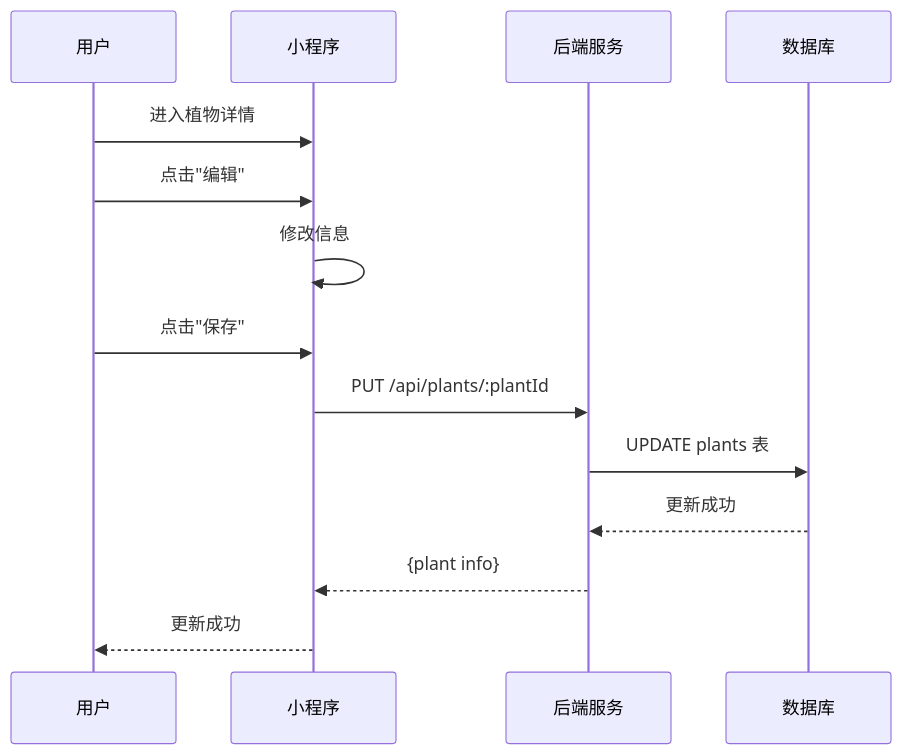
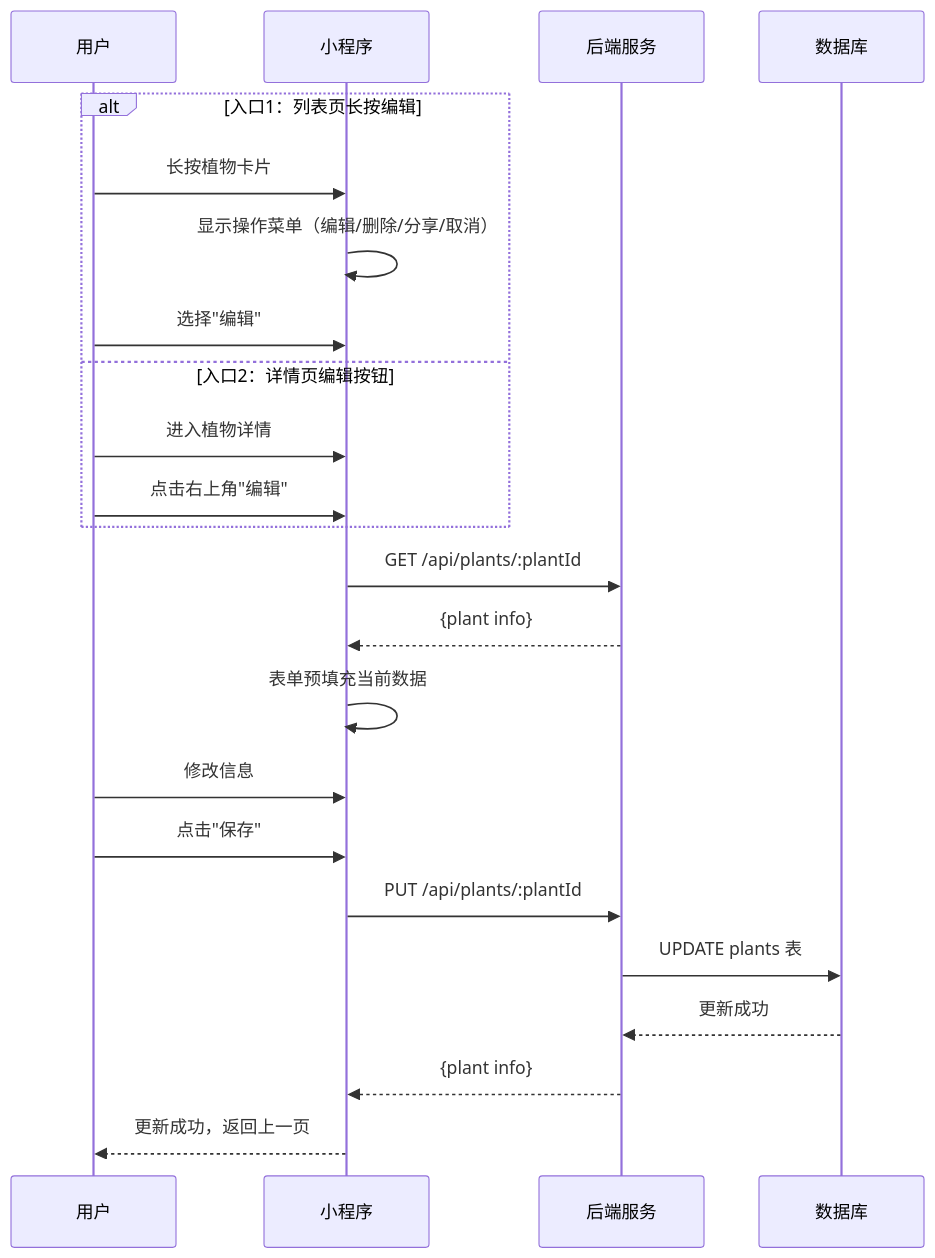
Before and after one commit to ShatterDusk/smart-garden-mvp: the second of 4 diagrams in docs/05-process/02-植物管理流程.md, drawn with Mermaid. The commit also changed other lines of this file and 5 other files, not shown here.

````diff
--- a/docs/05-process/02-植物管理流程.md
+++ b/docs/05-process/02-植物管理流程.md
@@ -94,17 +102,27 @@
 ```mermaid
 sequenceDiagram
     participant User as 用户
     participant MiniApp as 小程序
     participant Backend as 后端服务
     participant DB as 数据库
 
-    User->>MiniApp: 进入植物详情
-    User->>MiniApp: 点击"编辑"
-    MiniApp->>MiniApp: 修改信息
+    alt 入口1：列表页长按编辑
+        User->>MiniApp: 长按植物卡片
+        MiniApp->>MiniApp: 显示操作菜单（编辑/删除/分享/取消）
+        User->>MiniApp: 选择"编辑"
+    else 入口2：详情页编辑按钮
+        User->>MiniApp: 进入植物详情
+        User->>MiniApp: 点击右上角"编辑"
+    end
+    
+    MiniApp->>Backend: GET /api/plants/:plantId
+    Backend-->>MiniApp: {plant info}
+    MiniApp->>MiniApp: 表单预填充当前数据
+    User->>MiniApp: 修改信息
     User->>MiniApp: 点击"保存"
     MiniApp->>Backend: PUT /api/plants/:plantId
     Backend->>DB: UPDATE plants 表
     DB-->>Backend: 更新成功
     Backend-->>MiniApp: {plant info}
-    MiniApp-->>User: 更新成功
+    MiniApp-->>User: 更新成功，返回上一页
 ```
````
